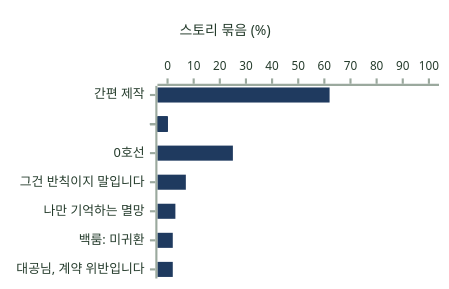
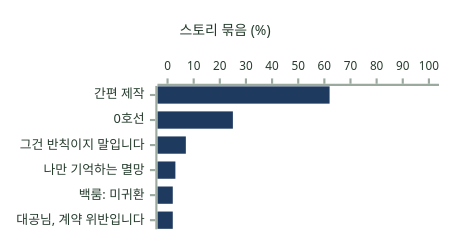
Before and after one commit to KIM-N-KANG/knk-harness: the eighth of 16 diagrams in docs/AI/CHAT/6-4-AI-EVALUATION-METHOD.md, drawn with Mermaid. The commit also changed other lines of this file, not shown here.

````diff
--- a/docs/AI/CHAT/6-4-AI-EVALUATION-METHOD.md
+++ b/docs/AI/CHAT/6-4-AI-EVALUATION-METHOD.md
@@ -153,8 +153,8 @@
 ```mermaid
-%%{init: {"theme": "base", "xyChart": {"width": 400, "height": 250, "titleFontSize": 13, "xAxis": {"labelFontSize": 12}, "yAxis": {"labelFontSize": 11, "showTitle": false}}, "themeVariables": {"xyChart": {"backgroundColor": "#FFFFFF", "titleColor": "#253C2C", "xAxisLabelColor": "#253C2C", "xAxisLineColor": "#9BA99E", "xAxisTickColor": "#9BA99E", "yAxisLabelColor": "#253C2C", "yAxisLineColor": "#9BA99E", "yAxisTickColor": "#9BA99E", "plotColorPalette": "#1F3A5F"}}}}%%
+%%{init: {"theme": "base", "xyChart": {"width": 400, "height": 204, "titleFontSize": 13, "xAxis": {"labelFontSize": 12}, "yAxis": {"labelFontSize": 11, "showTitle": false}}, "themeVariables": {"xyChart": {"backgroundColor": "#FFFFFF", "titleColor": "#253C2C", "xAxisLabelColor": "#253C2C", "xAxisLineColor": "#9BA99E", "xAxisTickColor": "#9BA99E", "yAxisLabelColor": "#253C2C", "yAxisLineColor": "#9BA99E", "yAxisTickColor": "#9BA99E", "plotColorPalette": "#1F3A5F"}}}}%%
 xychart-beta horizontal
     title "스토리 묶음 (%)"
-    x-axis ["간편 제작", " ", "0호선", "  ", "그건 반칙이지 말입니다", "   ", "나만 기억하는 멸망", "    ", "백룸: 미귀환", "     ", "대공님, 계약 위반입니다"]
+    x-axis ["간편 제작", "0호선", "그건 반칙이지 말입니다", "나만 기억하는 멸망", "백룸: 미귀환", "대공님, 계약 위반입니다"]
     y-axis 0 --> 100
-    bar [62, 0, 25, 0, 7, 0, 3, 0, 2, 0, 2]
+    bar [62, 25, 7, 3, 2, 2]
 ```
````
